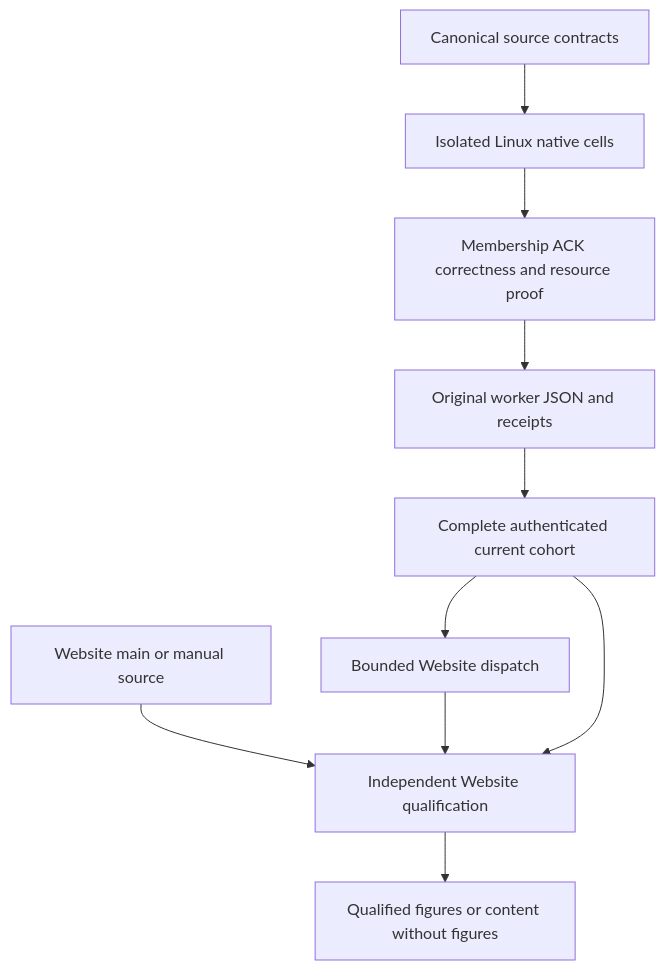
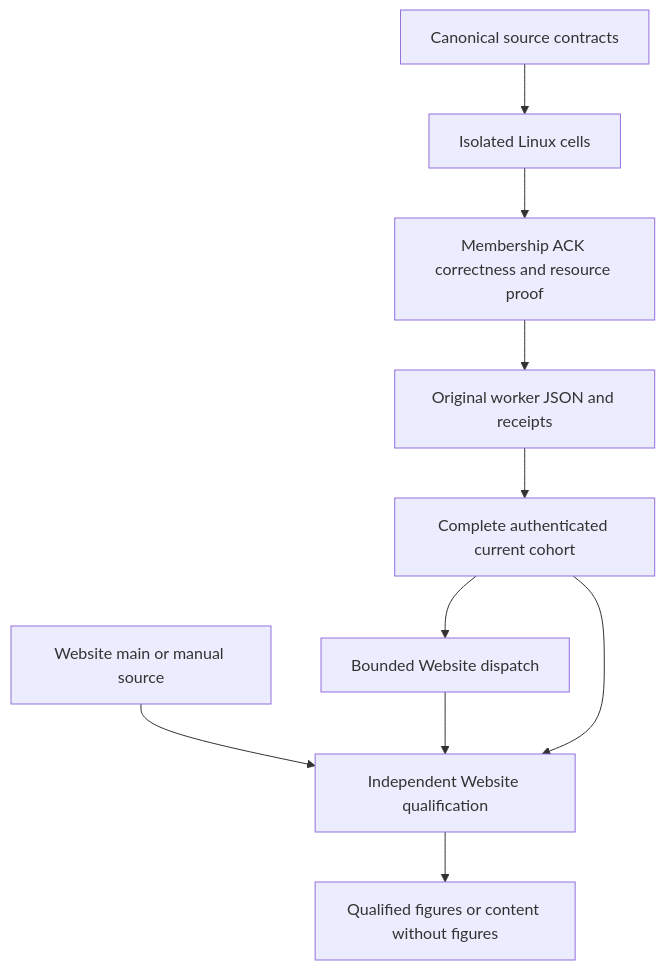
One commit to managedcode/KeyLoad changed the diagram in docs/ADR/ADR-034-cluster-comparisons.md. Above: the diagram before and after it, drawn with Mermaid. The commit also changed other lines of this file and 9016 other files, not shown here.

````diff
--- a/docs/ADR/ADR-034-cluster-comparisons.md
+++ b/docs/ADR/ADR-034-cluster-comparisons.md
@@ -116,12 +116,12 @@
 ```mermaid
 flowchart TB
-    Contract[Canonical source contracts] --> Cells[Isolated Linux native cells]
+    Contract[Canonical source contracts] --> Cells[Isolated Linux cells]
     Cells --> Proof[Membership ACK correctness and resource proof]
     Proof --> Raw[Original worker JSON and receipts]
     Raw --> Aggregate[Complete authenticated current cohort]
     Aggregate --> Dispatch[Bounded Website dispatch]
     Source[Website main or manual source] --> Website[Independent Website qualification]
     Dispatch --> Website
     Aggregate --> Website
     Website --> Pages[Qualified figures or content without figures]
 ```
````
